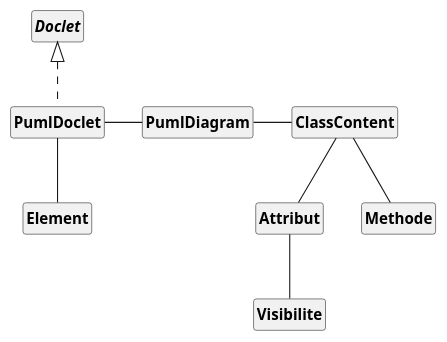
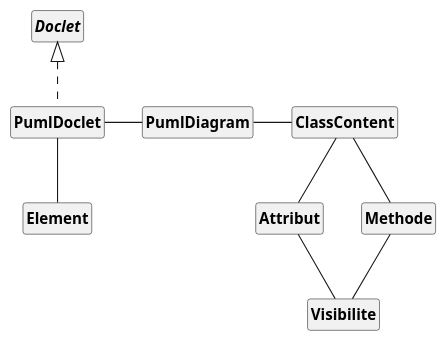
One commit to DimToups/Java-to-PUML-converter changed the diagram in uml/pumlFromJavaDCA.puml. Above: the diagram before and after it, drawn with PlantUML. The commit also changed 2 other files, not shown here.

```diff
--- a/uml/pumlFromJavaDCA.puml
+++ b/uml/pumlFromJavaDCA.puml
@@ -1,46 +1,47 @@
 @startuml
 'https://plantuml.com/class-diagram
 
 skinparam style strictuml
 skinparam classAttributeIconSize 0
 skinparam classFontStyle Bold
 
 hide empty members
 
 class PumlDoclet implements Doclet{
 
 }
 
 class PumlDiagram {
 
 }
 
 class ClassContent {
 
 }
 
 class Element {
 
 }
 
 
 class Attribut {
 
 }
 
 class Methode {
 
 }
 
 enum Visibilite {
 
 }
 
 PumlDoclet - PumlDiagram
 PumlDoclet -- Element
 PumlDiagram - ClassContent
 ClassContent -- Attribut
 ClassContent -- Methode
 Attribut -- Visibilite
+Methode -- Visibilite
 
 @enduml
```
